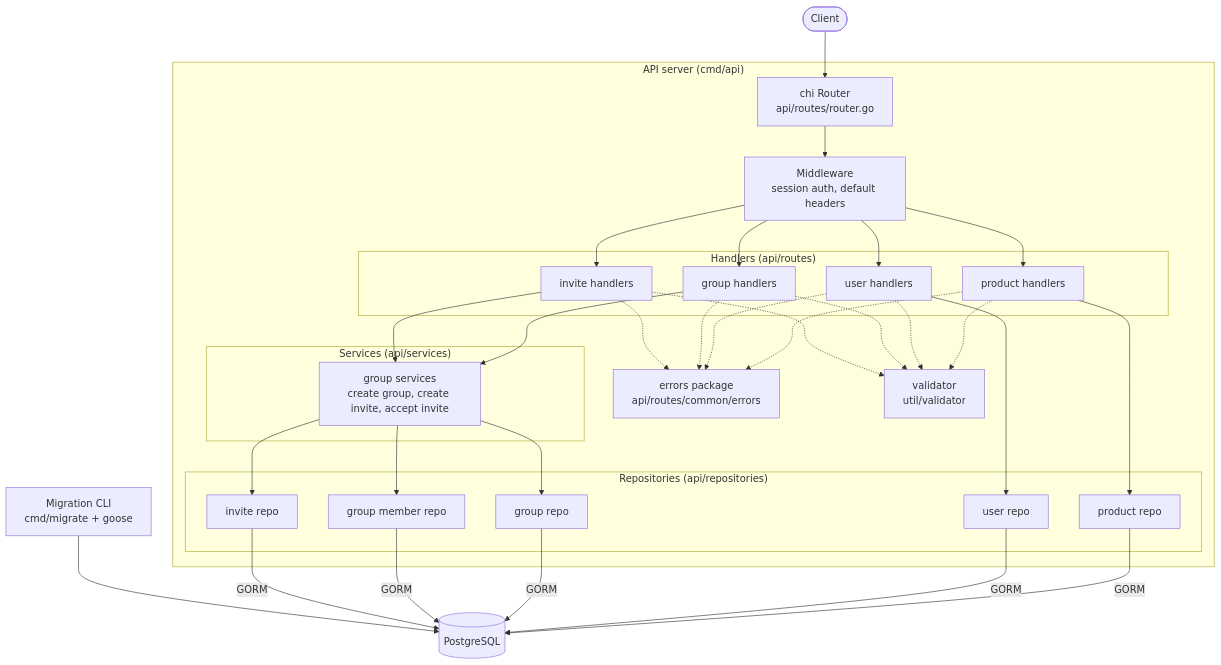
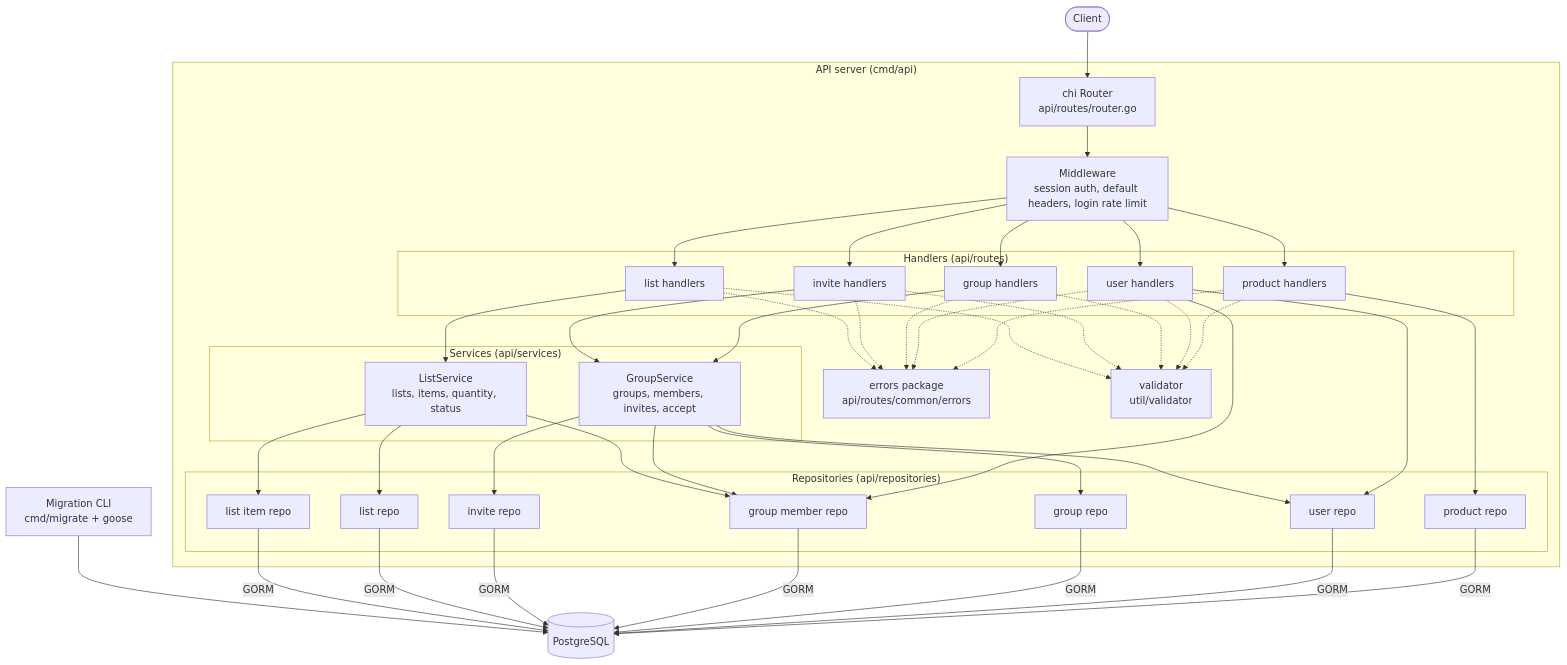
One commit to Klynger/sl-api changed the diagram in docs/architecture.md. Above: the diagram before and after it, drawn with Mermaid. The commit also changed other lines of this file and 2 other files, not shown here.

Commit message:
Refresh architecture, current-state, and AGENTS docs to match the current code (#31)

````diff
--- a/docs/architecture.md
+++ b/docs/architecture.md
@@ -5,47 +5,53 @@
 ```mermaid
 flowchart TB
     Client([Client])
 
     subgraph SRV["API server (cmd/api)"]
         Router["chi Router<br/>api/routes/router.go"]
-        MW["Middleware<br/>session auth, default headers"]
+        MW["Middleware<br/>session auth, default headers, login rate limit"]
 
         subgraph HND["Handlers (api/routes)"]
             PH["product handlers"]
             UH["user handlers"]
             GH["group handlers"]
             IH["invite handlers"]
+            LH["list handlers"]
         end
 
         subgraph SVC["Services (api/services)"]
-            GS["group services<br/>create group, create invite, accept invite"]
+            GS["GroupService<br/>groups, members, invites, accept"]
+            LS["ListService<br/>lists, items, quantity, status"]
         end
 
         subgraph REPO["Repositories (api/repositories)"]
             PR["product repo"]
             UR["user repo"]
             GR["group repo"]
             GMR["group member repo"]
             IR["invite repo"]
+            LR["list repo"]
+            LIR["list item repo"]
         end
 
         ERR["errors package<br/>api/routes/common/errors"]
         VAL["validator<br/>util/validator"]
     end
 
     DB[(PostgreSQL)]
     MIG["Migration CLI<br/>cmd/migrate + goose"]
 
     Client --> Router --> MW
-    MW --> PH & UH & GH & IH
+    MW --> PH & UH & GH & IH & LH
     GH --> GS
     IH --> GS
+    LH --> LS
     PH --> PR
-    UH --> UR
-    GS --> GR & GMR & IR
-    PR & UR & GR & GMR & IR -->|GORM| DB
+    UH --> UR & GMR
+    GS --> GR & GMR & IR & UR
+    LS --> LR & LIR & GMR
+    PR & UR & GR & GMR & IR & LR & LIR -->|GORM| DB
     MIG --> DB
 
-    PH & UH & GH & IH -.-> ERR
-    PH & UH & GH & IH -.-> VAL
+    PH & UH & GH & IH & LH -.-> ERR
+    PH & UH & GH & IH & LH -.-> VAL
 ```
````
